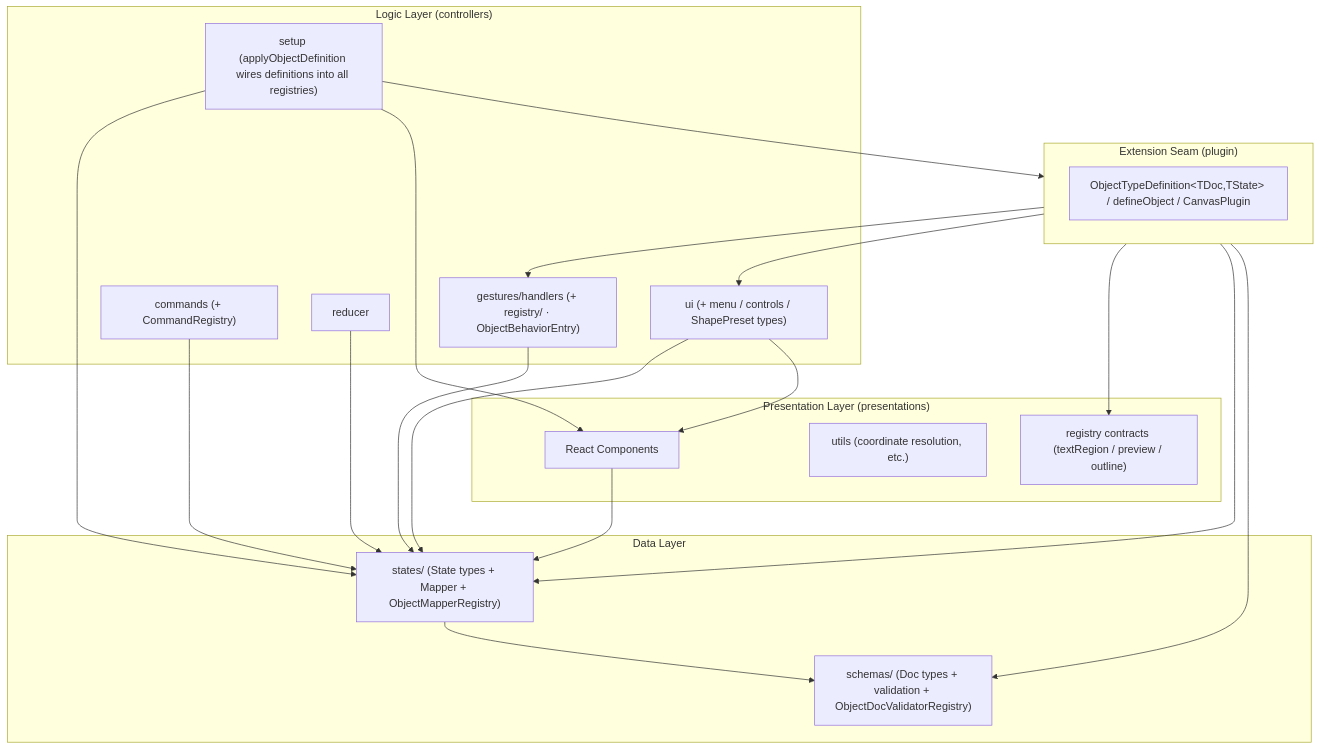
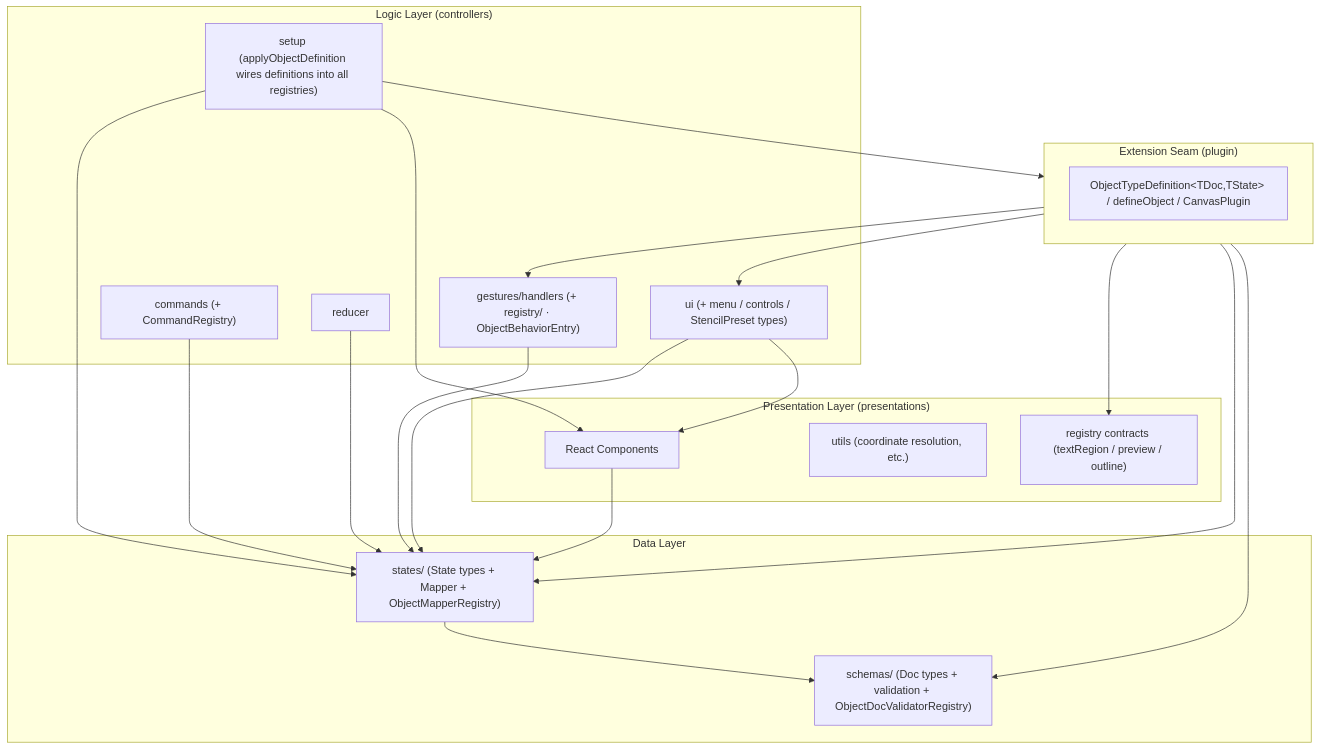
The diagram in packages/canvas/docs/02-architecture.md (gznnk/jiscribe), drawn with Mermaid before and after one commit. The commit also changed other lines of this file and 136 other files, not shown here.

First line of the commit message:
refactor(canvas)!: ShapeLibrary/Preset/Category を Stencil へリネーム（パレット語彙を幾何中立化）

````diff
--- a/packages/canvas/docs/02-architecture.md
+++ b/packages/canvas/docs/02-architecture.md
@@ -112,41 +112,41 @@
 ```mermaid
 graph TD
     subgraph Plugin["Extension Seam (plugin)"]
         PluginVocab["ObjectTypeDefinition&lt;TDoc,TState&gt; / defineObject / CanvasPlugin"]
     end
     subgraph Presentations["Presentation Layer (presentations)"]
         PresentationComponents["React Components"]
         PresentationUtils["utils (coordinate resolution, etc.)"]
         PresentationRegistryTypes["registry contracts (textRegion / preview / outline)"]
     end
     subgraph Controllers["Logic Layer (controllers)"]
         Gestures["gestures/handlers (+ registry/ · ObjectBehaviorEntry)"]
         Commands["commands (+ CommandRegistry)"]
         Reducer["reducer"]
-        UI["ui (+ menu / controls / ShapePreset types)"]
+        UI["ui (+ menu / controls / StencilPreset types)"]
         Setup["setup (applyObjectDefinition wires definitions into all registries)"]
     end
     subgraph States["Data Layer"]
         StatesTypes["states/ (State types + Mapper + ObjectMapperRegistry)"]
         SchemasTypes["schemas/ (Doc types + validation + ObjectDocValidatorRegistry)"]
     end
 
     PresentationComponents --> StatesTypes
     Gestures --> StatesTypes
     Commands --> StatesTypes
     Reducer --> StatesTypes
     UI --> StatesTypes
     UI --> PresentationComponents
     Setup --> StatesTypes
     Setup --> PresentationComponents
     StatesTypes --> SchemasTypes
 
     %% plugin aggregates the type contract of every layer; setup consumes it.
     %% Setup -> Plugin plus Plugin -> Gestures/UI = controllers <-> plugin.
     Setup --> Plugin
     Plugin --> Gestures
     Plugin --> UI
     Plugin --> PresentationRegistryTypes
     Plugin --> StatesTypes
     Plugin --> SchemasTypes
 ```
````
